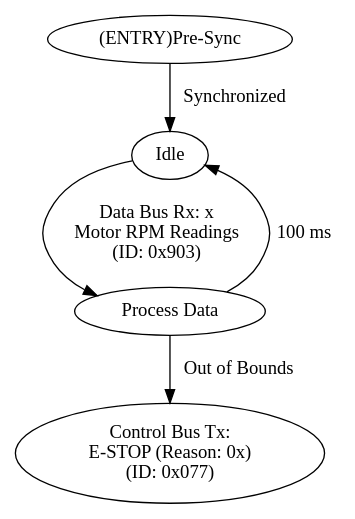
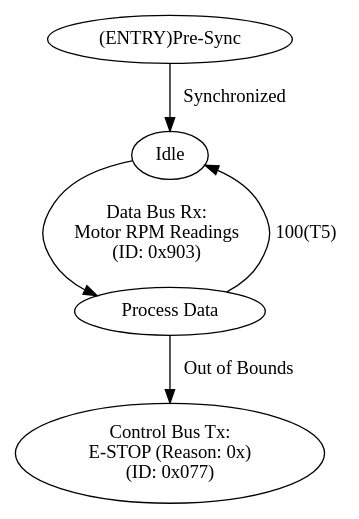
One commit to umdloop/state-machines changed the diagram in high-voltage/rpm.dot. Above: the diagram before and after it, drawn with Graphviz. The commit also changed 7 other files, not shown here.

```diff
--- a/high-voltage/rpm.dot
+++ b/high-voltage/rpm.dot
@@ -1,13 +1,13 @@
 digraph {
 
 S41		[label="(ENTRY)Pre-Sync"];
 S42		[label="Idle"];
 S43		[label="Process Data"];
 S44		[label="Control Bus Tx:\nE-STOP (Reason: 0x)\n(ID: 0x077)"];
 
 S41 -> S42     [label="Synchronized"];
-S42 -> S43     [label="Data Bus Rx: x\nMotor RPM Readings\n(ID: 0x903)\n"];
+S42 -> S43     [label="Data Bus Rx:\nMotor RPM Readings\n(ID: 0x903)\n"];
 S43 -> S44     [label="Out of Bounds"];
 
-S43 -> S42     [label="100 ms"];
+S43 -> S42     [label="100(T5)"];
 }
```
